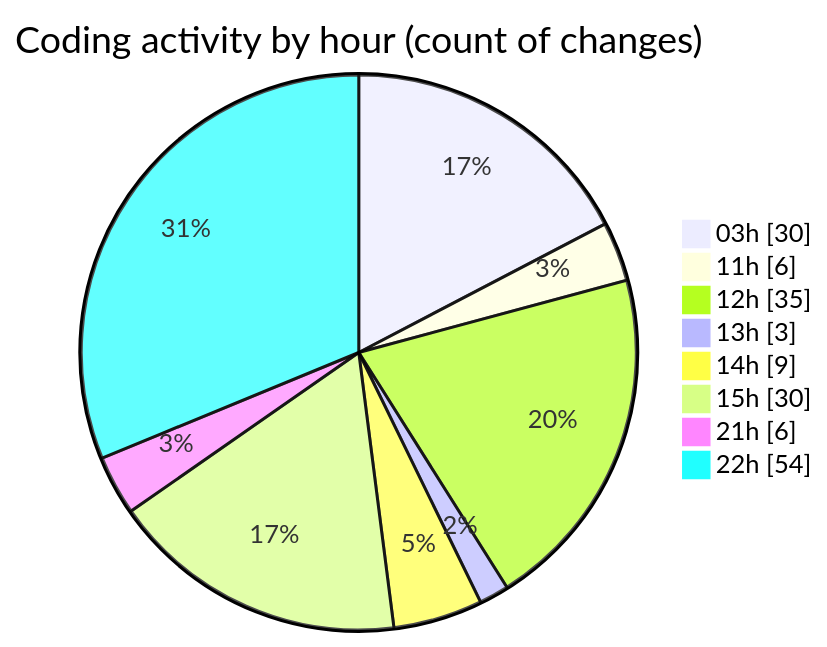
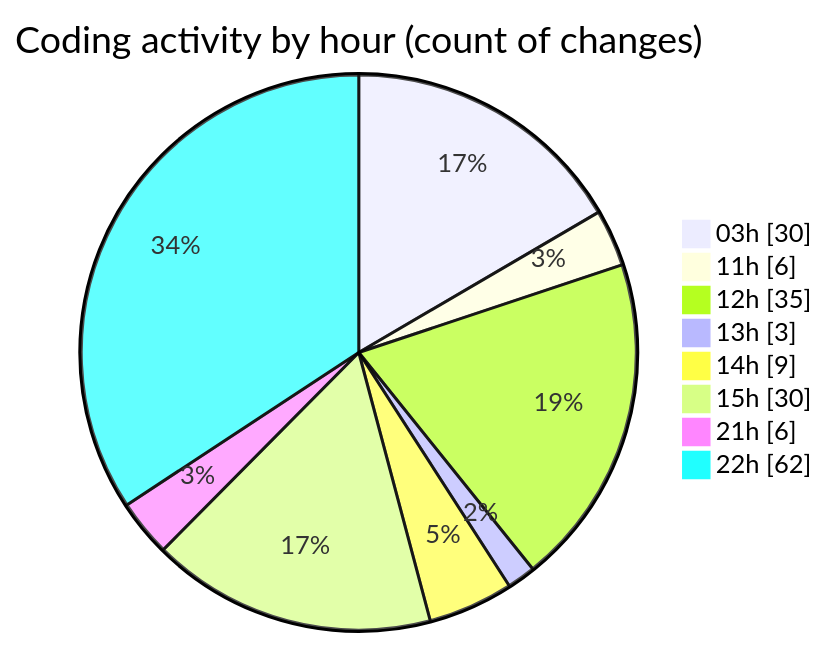
One commit to lephambinh05/code-tracking changed the second of 2 diagrams in 2025-09-13/napxuvn/README.md. Above: the diagram before and after it, drawn with Mermaid. The commit also changed other lines of this file and 1 other file, not shown here.

````diff
--- a/2025-09-13/napxuvn/README.md
+++ b/2025-09-13/napxuvn/README.md
@@ -103,12 +105,12 @@
 ```mermaid
 pie showData
 title Coding activity by hour (count of changes)
 "03h" : 30
 "11h" : 6
 "12h" : 35
 "13h" : 3
 "14h" : 9
 "15h" : 30
 "21h" : 6
-"22h" : 54
+"22h" : 62
 ```
````
